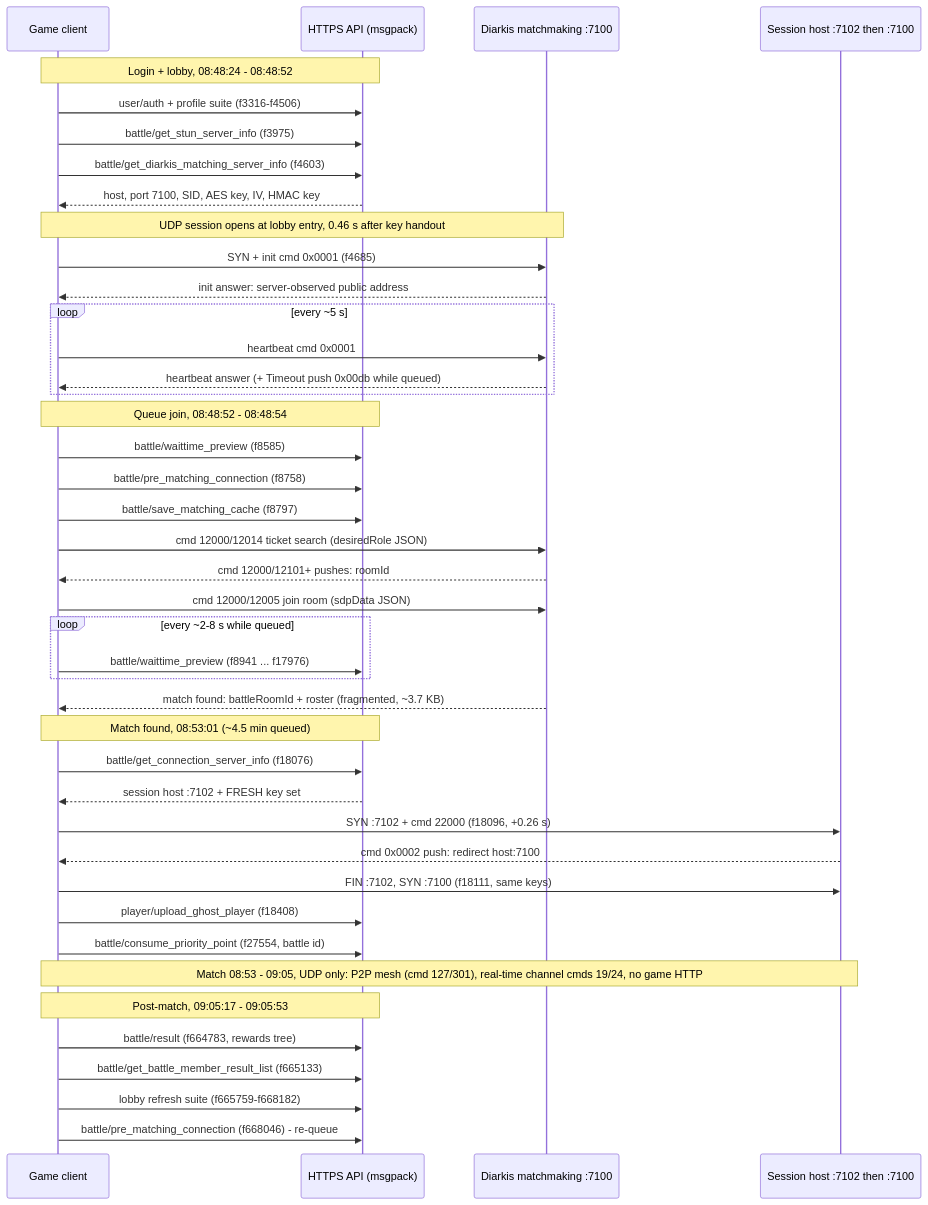
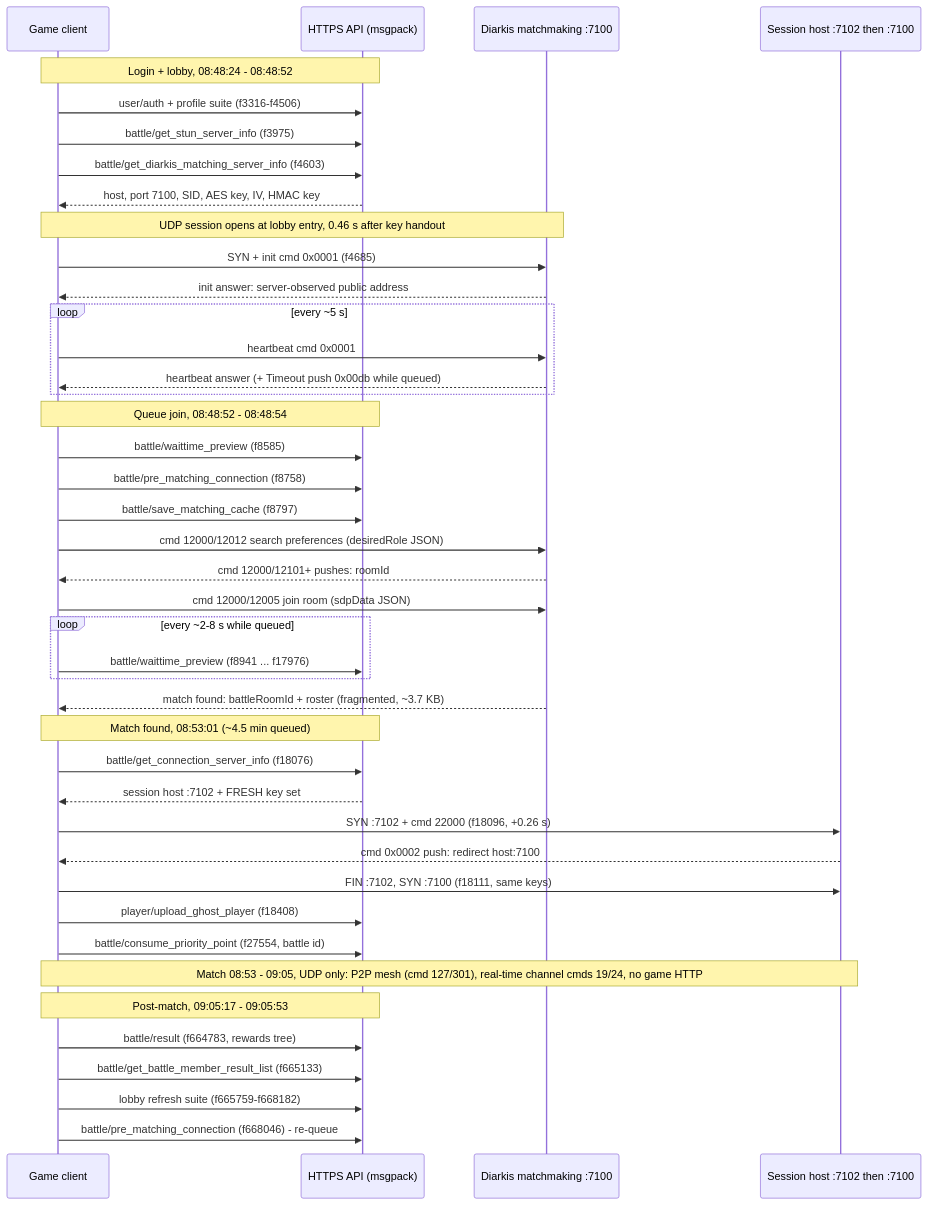
One commit to DB-Breakers-Legacy/DBTB-API-Documentation changed the diagram in md/API/Calls/Matchmaking_Flow.md. Above: the diagram before and after it, drawn with Mermaid. The commit also changed other lines of this file and 17 other files, not shown here.

````diff
--- a/md/API/Calls/Matchmaking_Flow.md
+++ b/md/API/Calls/Matchmaking_Flow.md
@@ -25,50 +25,50 @@
 ```mermaid
 sequenceDiagram
     participant C as Game client
     participant API as HTTPS API (msgpack)
     participant MM as Diarkis matchmaking :7100
     participant SH as Session host :7102 then :7100
 
     Note over C,API: Login + lobby, 08:48:24 - 08:48:52
     C->>API: user/auth + profile suite (f3316-f4506)
     C->>API: battle/get_stun_server_info (f3975)
     C->>API: battle/get_diarkis_matching_server_info (f4603)
     API-->>C: host, port 7100, SID, AES key, IV, HMAC key
 
     Note over C,MM: UDP session opens at lobby entry, 0.46 s after key handout
     C->>MM: SYN + init cmd 0x0001 (f4685)
     MM-->>C: init answer: server-observed public address
     loop every ~5 s
         C->>MM: heartbeat cmd 0x0001
         MM-->>C: heartbeat answer (+ Timeout push 0x00db while queued)
     end
 
     Note over C,API: Queue join, 08:48:52 - 08:48:54
     C->>API: battle/waittime_preview (f8585)
     C->>API: battle/pre_matching_connection (f8758)
     C->>API: battle/save_matching_cache (f8797)
-    C->>MM: cmd 12000/12014 ticket search (desiredRole JSON)
+    C->>MM: cmd 12000/12012 search preferences (desiredRole JSON)
     MM-->>C: cmd 12000/12101+ pushes: roomId
     C->>MM: cmd 12000/12005 join room (sdpData JSON)
     loop every ~2-8 s while queued
         C->>API: battle/waittime_preview (f8941 ... f17976)
     end
     MM-->>C: match found: battleRoomId + roster (fragmented, ~3.7 KB)
 
     Note over C,API: Match found, 08:53:01 (~4.5 min queued)
     C->>API: battle/get_connection_server_info (f18076)
     API-->>C: session host :7102 + FRESH key set
     C->>SH: SYN :7102 + cmd 22000 (f18096, +0.26 s)
     SH-->>C: cmd 0x0002 push: redirect host:7100
     C->>SH: FIN :7102, SYN :7100 (f18111, same keys)
     C->>API: player/upload_ghost_player (f18408)
     C->>API: battle/consume_priority_point (f27554, battle id)
 
     Note over C,SH: Match 08:53 - 09:05, UDP only: P2P mesh (cmd 127/301), real-time channel cmds 19/24, no game HTTP
 
     Note over C,API: Post-match, 09:05:17 - 09:05:53
     C->>API: battle/result (f664783, rewards tree)
     C->>API: battle/get_battle_member_result_list (f665133)
     C->>API: lobby refresh suite (f665759-f668182)
     C->>API: battle/pre_matching_connection (f668046) - re-queue
 ```
````
